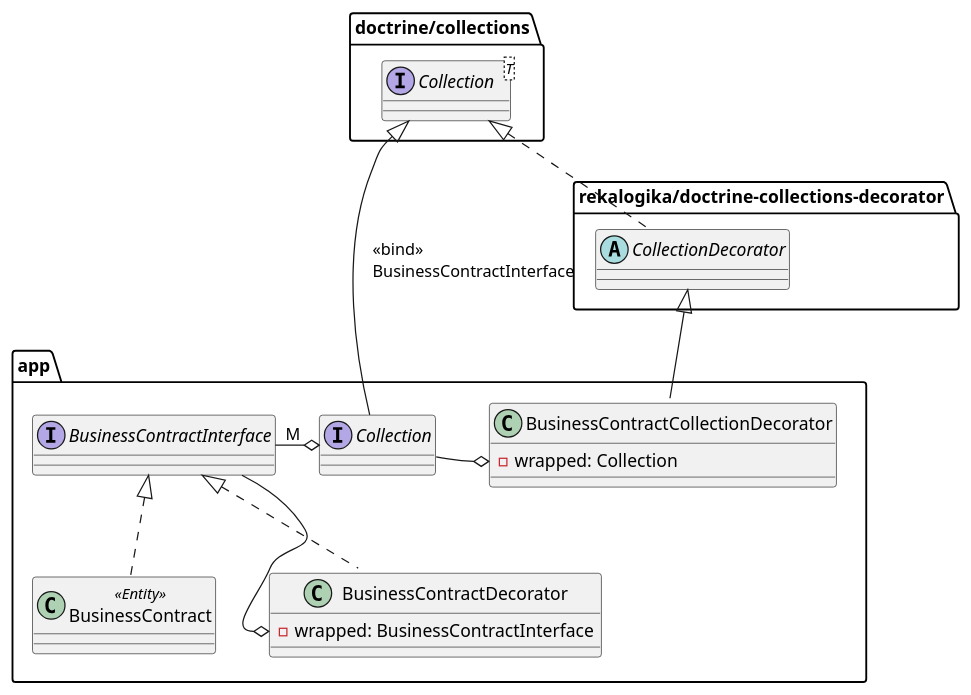
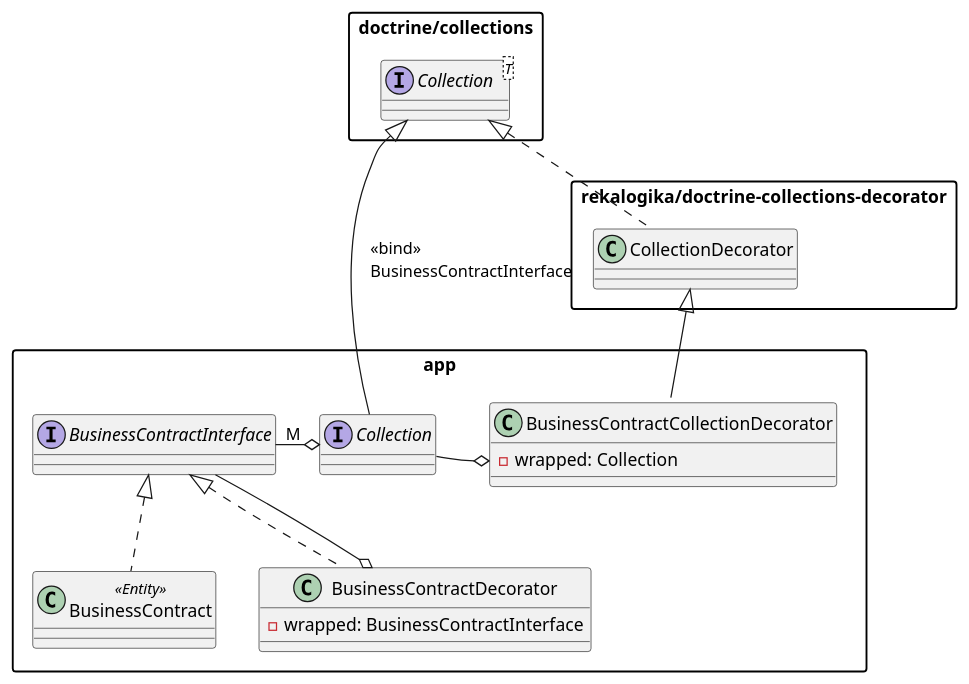
One commit to rekalogika/rekalogika.dev changed the diagram in diagrams/decorating-members.wsd. Above: the diagram before and after it, drawn with PlantUML. The commit also changed 2 other files, not shown here.

```diff
--- a/diagrams/decorating-members.wsd
+++ b/diagrams/decorating-members.wsd
@@ -1,42 +1,44 @@
 @startuml decorating-members
+
+skinparam packageStyle rectangle
 
 package "doctrine/collections" {
     interface Collection<T> {
     }
 }
 
 package "rekalogika/doctrine-collections-decorator" {
-    abstract CollectionDecorator {
+    class CollectionDecorator {
     }
 }
 
 Collection <|.. CollectionDecorator
 
 package "app" {
     interface BusinessContractInterface {
     }
 
     class BusinessContract <<Entity>> implements BusinessContractInterface {
     }
 
     class BusinessContractDecorator implements BusinessContractInterface {
         - wrapped: BusinessContractInterface
     }
 
-    BusinessContractDecorator::wrapped o-- BusinessContractInterface
+    BusinessContractDecorator o-- BusinessContractInterface
 
     interface CollectionOfBusinessContracts as "Collection" {
     }
 
     class BusinessContractCollectionDecorator {
         - wrapped: Collection
     }
 
     CollectionOfBusinessContracts -o BusinessContractCollectionDecorator::wrapped
     BusinessContractInterface "M" -o CollectionOfBusinessContracts
 }
 
 CollectionDecorator <|-- BusinessContractCollectionDecorator
 Collection <|-- CollectionOfBusinessContracts : <<bind>>\lBusinessContractInterface
 
 @enduml
```
